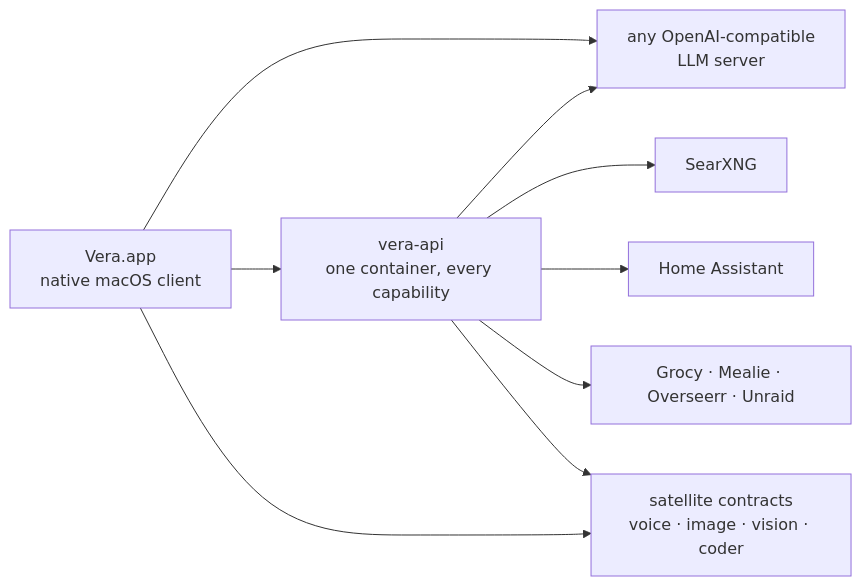
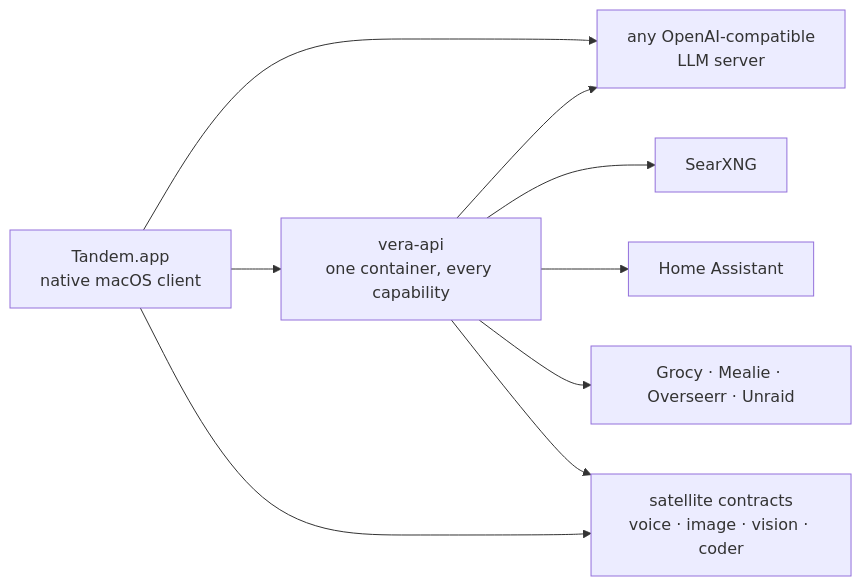
Before and after one commit to DisplacedForest/tandem: the diagram in README.md, drawn with Mermaid. The commit also changed other lines of this file and 15 other files, not shown here.

First line of the commit message:
fix: package and install the app as Tandem.app (#70)

````diff
--- a/README.md
+++ b/README.md
@@ -35,19 +35,19 @@
 ```mermaid
 flowchart LR
-    APP["Vera.app<br/>native macOS client"]
+    APP["Tandem.app<br/>native macOS client"]
     LLM["any OpenAI-compatible<br/>LLM server"]
     API["vera-api<br/>one container, every capability"]
     SEARX["SearXNG"]
     HA["Home Assistant"]
     INT["Grocy · Mealie · Overseerr · Unraid"]
     SAT["satellite contracts<br/>voice · image · vision · coder"]
 
     APP --> LLM
     APP --> API
     API --> LLM
     API --> SEARX
     API --> HA
     API --> INT
     API --> SAT
     APP --> SAT
 ```
````
